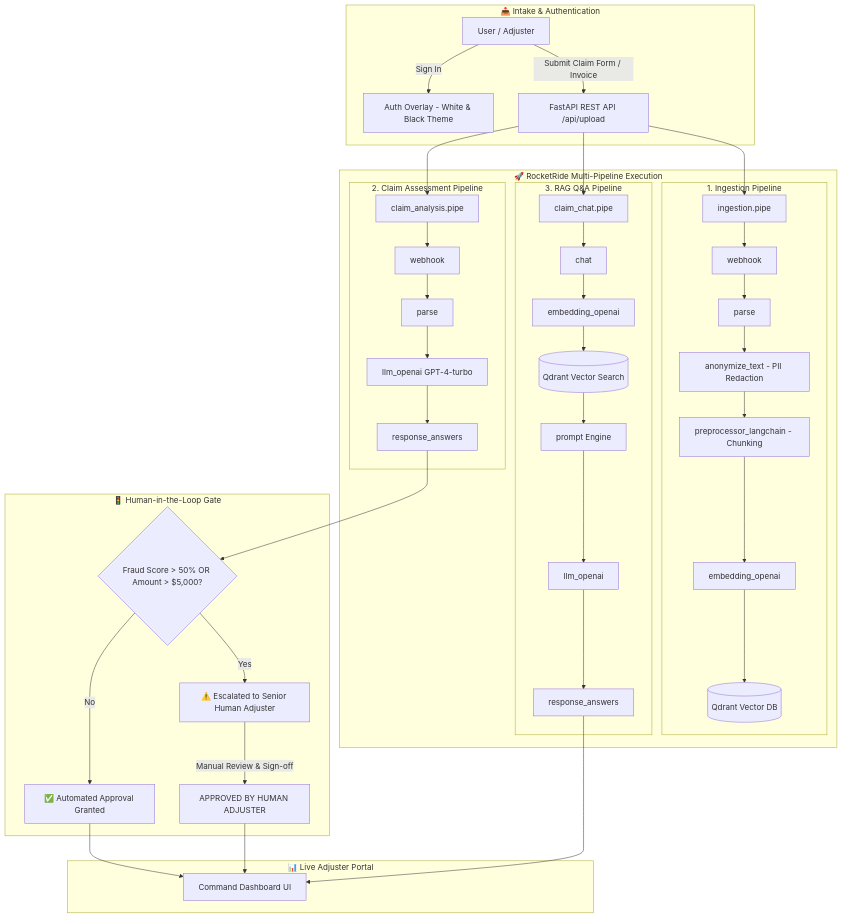
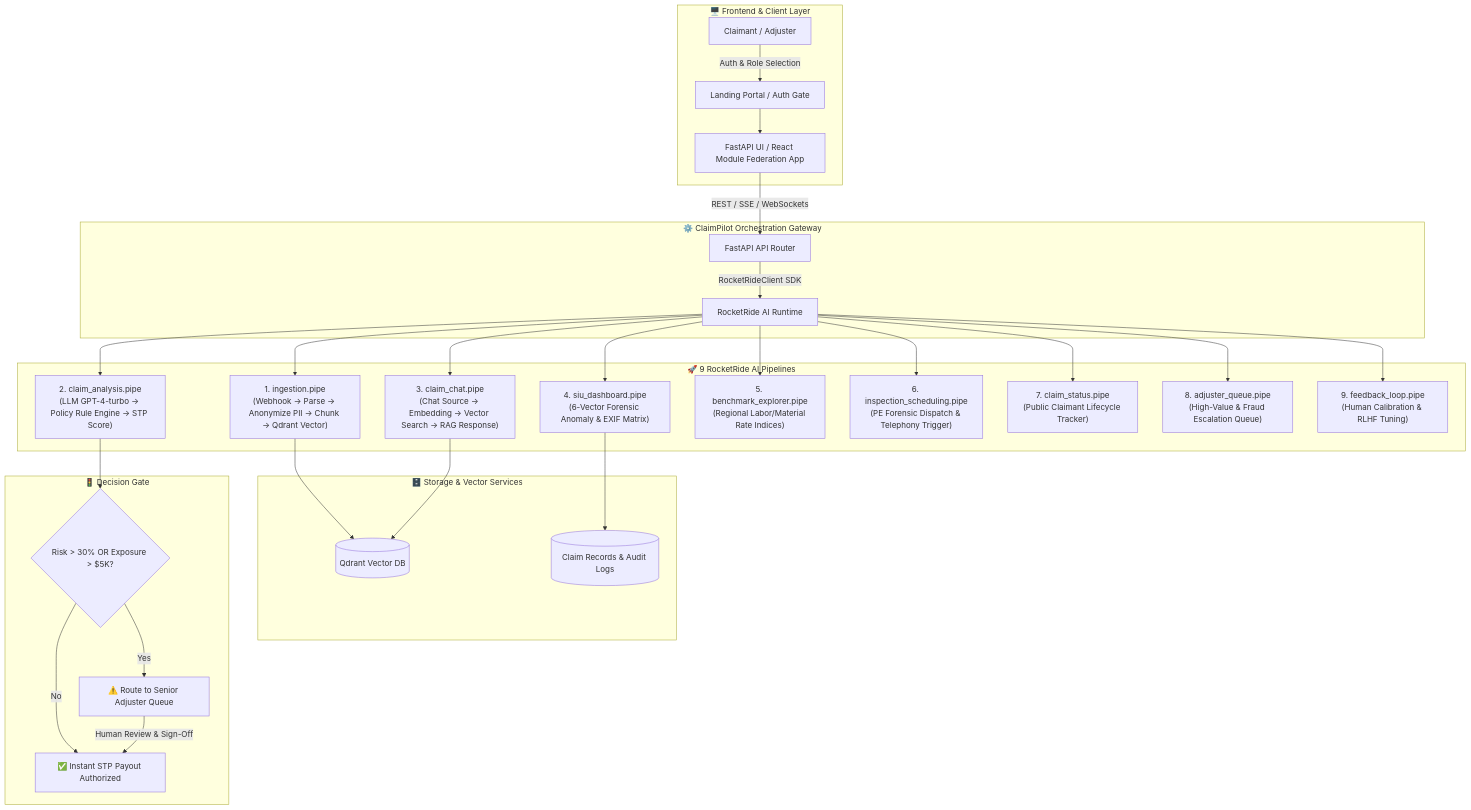
The diagram in README.md (tarunagnihotri534/ClaimVertex), drawn with Mermaid before and after one commit. The commit also changed other lines of this file and 2 other files, not shown here.

Commit message:
docs: comprehensive enterprise documentation for all 9 RocketRide pipelines and platform features

````diff
--- a/README.md
+++ b/README.md
@@ -21,40 +56,37 @@
 ```mermaid
 flowchart TD
-    subgraph Intake["📥 Intake & Authentication"]
-        A[User / Adjuster] -->|Sign In| B[Auth Overlay - White & Black Theme]
-        A -->|Submit Claim Form / Invoice| C[FastAPI REST API /api/upload]
+    subgraph ClientLayer["🖥️ Frontend & Client Layer"]
+        A[Claimant / Adjuster] -->|Auth & Role Selection| B[Landing Portal / Auth Gate]
+        B --> C[FastAPI UI / React Module Federation App]
     end
 
-    subgraph RocketRide["🚀 RocketRide Multi-Pipeline Execution"]
-        C --> D[ingestion.pipe]
-        C --> E[claim_analysis.pipe]
-        C --> F[claim_chat.pipe]
-
-        subgraph IngestionDAG["1. Ingestion Pipeline"]
-            D --> D1[webhook] --> D2[parse] --> D3[anonymize_text - PII Redaction]
-            D3 --> D4[preprocessor_langchain - Chunking] --> D5[embedding_openai] --> D6[(Qdrant Vector DB)]
-        end
-
-        subgraph AnalysisDAG["2. Claim Assessment Pipeline"]
-            E --> E1[webhook] --> E2[parse] --> E3[llm_openai GPT-4-turbo] --> E4[response_answers]
-        end
-
-        subgraph ChatDAG["3. RAG Q&A Pipeline"]
-            F --> F1[chat] --> F2[embedding_openai] --> F3[(Qdrant Vector Search)]
-            F3 --> F4[prompt Engine] --> F5[llm_openai] --> F6[response_answers]
-        end
+    subgraph CoreEngine["⚙️ ClaimPilot Orchestration Gateway"]
+        C -->|REST / SSE / WebSockets| D[FastAPI API Router]
+        D -->|RocketRideClient SDK| E[RocketRide AI Runtime]
     end
 
-    subgraph Gate["🚦 Human-in-the-Loop Gate"]
-        E4 --> G{Fraud Score > 50% OR Amount > $5,000?}
-        G -- No --> H[✅ Automated Approval Granted]
-        G -- Yes --> I[⚠️ Escalated to Senior Human Adjuster]
-        I -->|Manual Review & Sign-off| J[APPROVED BY HUMAN ADJUSTER]
+    subgraph RocketRideDAGs["🚀 9 RocketRide AI Pipelines"]
+        E --> P1["1. ingestion.pipe\n(Webhook → Parse → Anonymize PII → Chunk → Qdrant Vector)"]
+        E --> P2["2. claim_analysis.pipe\n(LLM GPT-4-turbo → Policy Rule Engine → STP Score)"]
+        E --> P3["3. claim_chat.pipe\n(Chat Source → Embedding → Vector Search → RAG Response)"]
+        E --> P4["4. siu_dashboard.pipe\n(6-Vector Forensic Anomaly & EXIF Matrix)"]
+        E --> P5["5. benchmark_explorer.pipe\n(Regional Labor/Material Rate Indices)"]
+        E --> P6["6. inspection_scheduling.pipe\n(PE Forensic Dispatch & Telephony Trigger)"]
+        E --> P7["7. claim_status.pipe\n(Public Claimant Lifecycle Tracker)"]
+        E --> P8["8. adjuster_queue.pipe\n(High-Value & Fraud Escalation Queue)"]
+        E --> P9["9. feedback_loop.pipe\n(Human Calibration & RLHF Tuning)"]
     end
 
-    subgraph Dashboard["📊 Live Adjuster Portal"]
-        H --> K[Command Dashboard UI]
-        J --> K
-        F6 --> K
+    subgraph DataStore["🗄️ Storage & Vector Services"]
+        P1 --> Q[(Qdrant Vector DB)]
+        P3 --> Q
+        P4 --> DB[(Claim Records & Audit Logs)]
+    end
+
+    subgraph Decision["🚦 Decision Gate"]
+        P2 --> G{Risk > 30% OR Exposure > $5K?}
+        G -- No --> H[✅ Instant STP Payout Authorized]
+        G -- Yes --> I[⚠️ Route to Senior Adjuster Queue]
+        I -->|Human Review & Sign-Off| H
     end
 ```
````
